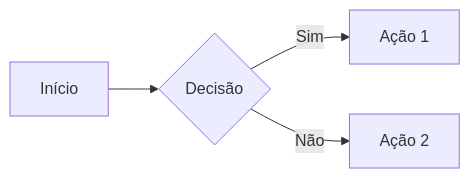
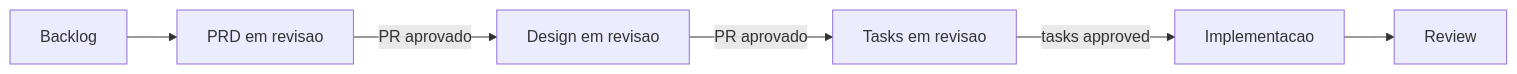
Diagram 15 of 15 in BOOK.pt-BR.md (felipefontoura/spec-driven-development-book), drawn with Mermaid before and after one commit. The commit also changed other lines of this file and 4 other files, not shown here.

````diff
--- a/BOOK.pt-BR.md
+++ b/BOOK.pt-BR.md
@@ -2652,6 +3393,12 @@
 ```mermaid
 flowchart LR
-    A[Início] --> B{Decisão}
-    B -->|Sim| C[Ação 1]
-    B -->|Não| D[Ação 2]
+    B[Backlog] --> P[PRD em revisao]
+    P -->|PR aprovado| D[Design em revisao]
+    D -->|PR aprovado| T[Tasks em revisao]
+    T -->|tasks approved| E[Implementacao]
+    E --> R[Review]
+
+    class P,D,T accent;
+    class B muted;
+    class E,R neutral;
 ```
````
